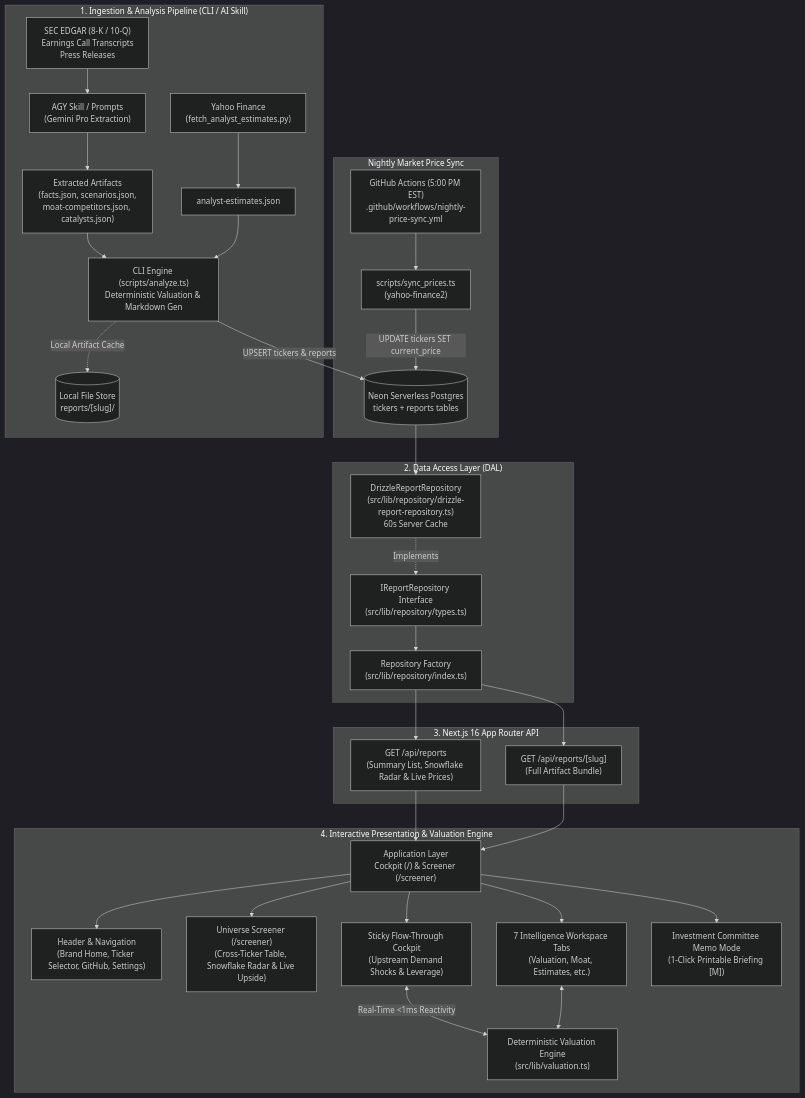
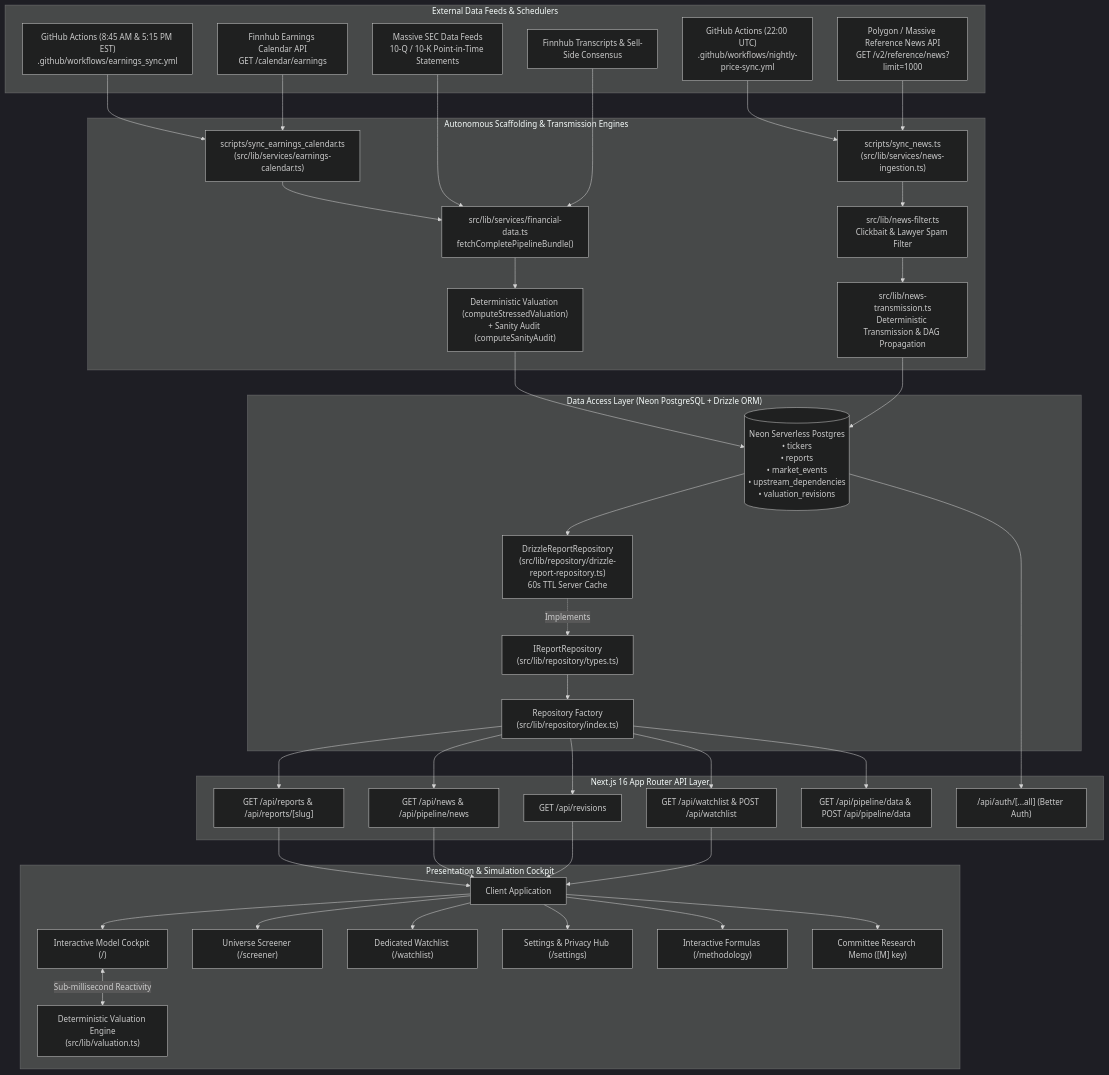
The first of 2 diagrams in docs/architecture.md (phanturne/stress-alpha), drawn with Mermaid (dark theme) before and after one commit. The commit also changed other lines of this file and 1 other file, not shown here.

Commit message:
docs: streamline README for clarity and update system architecture documentation

````diff
--- a/docs/architecture.md
+++ b/docs/architecture.md
@@ -24,40 +27,54 @@
 ```mermaid
 flowchart TB
-    subgraph MarketData["Nightly Market Price Sync"]
-        SyncCron["GitHub Actions (5:00 PM EST)\n.github/workflows/nightly-price-sync.yml"] --> SyncScript["scripts/sync_prices.ts\n(yahoo-finance2)"]
-        SyncScript -->|"UPDATE tickers SET current_price"| NeonDB[("Neon Serverless Postgres\ntickers + reports tables")]
+    subgraph DataSources["External Data Feeds & Schedulers"]
+        FinnhubCal["Finnhub Earnings Calendar API\nGET /calendar/earnings"]
+        PolygonNews["Polygon / Massive Reference News API\nGET /v2/reference/news?limit=1000"]
+        MassiveSEC["Massive SEC Data Feeds\n10-Q / 10-K Point-in-Time Statements"]
+        FinnhubTranscripts["Finnhub Transcripts & Sell-Side Consensus"]
+        CronEarnings["GitHub Actions (8:45 AM & 5:15 PM EST)\n.github/workflows/earnings_sync.yml"]
+        CronNightly["GitHub Actions (22:00 UTC)\n.github/workflows/nightly-price-sync.yml"]
     end
 
-    subgraph Ingestion["1. Ingestion & Analysis Pipeline (CLI / AI Skill)"]
-        A["SEC EDGAR (8-K / 10-Q)\nEarnings Call Transcripts\nPress Releases"] --> B["AGY Skill / Prompts\n(Gemini Pro Extraction)"]
-        C["Yahoo Finance\n(fetch_analyst_estimates.py)"] --> D["analyst-estimates.json"]
-        B --> E["Extracted Artifacts\n(facts.json, scenarios.json,\nmoat-competitors.json, catalysts.json)"]
-        E --> F["CLI Engine (scripts/analyze.ts)\nDeterministic Valuation & Markdown Gen"]
-        D --> F
-        F -->|"UPSERT tickers & reports"| NeonDB
-        F -.->|"Local Artifact Cache"| G[("Local File Store\nreports/[slug]/")]
+    subgraph AutonomousEngines["Autonomous Scaffolding & Transmission Engines"]
+        CronEarnings --> IngestCal["scripts/sync_earnings_calendar.ts\n(src/lib/services/earnings-calendar.ts)"]
+        FinnhubCal --> IngestCal
+        IngestCal --> Scaffolder["src/lib/services/financial-data.ts\nfetchCompletePipelineBundle()"]
+        MassiveSEC & FinnhubTranscripts --> Scaffolder
+        Scaffolder --> EvalPipeline["Deterministic Valuation (computeStressedValuation)\n+ Sanity Audit (computeSanityAudit)"]
+
+        CronNightly --> IngestNews["scripts/sync_news.ts\n(src/lib/services/news-ingestion.ts)"]
+        PolygonNews --> IngestNews
+        IngestNews --> NewsFilter["src/lib/news-filter.ts\nClickbait & Lawyer Spam Filter"]
+        NewsFilter --> NewsTransmission["src/lib/news-transmission.ts\nDeterministic Transmission & DAG Propagation"]
     end
 
-    subgraph StorageLayer["2. Data Access Layer (DAL)"]
-        NeonDB --> H1["DrizzleReportRepository\n(src/lib/repository/drizzle-report-repository.ts)\n60s Server Cache"]
-        H1 -.->|"Implements"| I["IReportRepository Interface\n(src/lib/repository/types.ts)"]
-        I --> RepoFactory["Repository Factory\n(src/lib/repository/index.ts)"]
+    subgraph StorageLayer["Data Access Layer (Neon PostgreSQL + Drizzle ORM)"]
+        EvalPipeline --> NeonDB[("Neon Serverless Postgres\n• tickers\n• reports\n• market_events\n• upstream_dependencies\n• valuation_revisions")]
+        NewsTransmission --> NeonDB
+        
+        NeonDB --> DAL["DrizzleReportRepository\n(src/lib/repository/drizzle-report-repository.ts)\n60s TTL Server Cache"]
+        DAL -.->|"Implements"| IRepo["IReportRepository\n(src/lib/repository/types.ts)"]
+        IRepo --> Factory["Repository Factory\n(src/lib/repository/index.ts)"]
     end
 
-    subgraph APILayer["3. Next.js 16 App Router API"]
-        RepoFactory --> J["GET /api/reports\n(Summary List, Snowflake Radar & Live Prices)"]
-        RepoFactory --> K["GET /api/reports/[slug]\n(Full Artifact Bundle)"]
+    subgraph APILayer["Next.js 16 App Router API Layer"]
+        Factory --> APIReports["GET /api/reports & /api/reports/[slug]"]
+        Factory --> APINews["GET /api/news & /api/pipeline/news"]
+        Factory --> APIRevisions["GET /api/revisions"]
+        Factory --> APIWatchlist["GET /api/watchlist & POST /api/watchlist"]
+        Factory --> APIPipeline["GET /api/pipeline/data & POST /api/pipeline/data"]
+        NeonDB --> APIAuth["/api/auth/[...all] (Better Auth)"]
     end
 
-    subgraph ClientLayer["4. Interactive Presentation & Valuation Engine"]
-        J & K --> L["Application Layer\nCockpit (/) & Screener (/screener)"]
-        L --> M["Header & Navigation\n(Brand Home, Ticker Selector, GitHub, Settings)"]
-        L --> N["Universe Screener (/screener)\n(Cross-Ticker Table, Snowflake Radar & Live Upside)"]
-        L --> O["Sticky Flow-Through Cockpit\n(Upstream Demand Shocks & Leverage)"]
-        L --> P["7 Intelligence Workspace Tabs\n(Valuation, Moat, Estimates, etc.)"]
-        L --> Q["Investment Committee Memo Mode\n(1-Click Printable Briefing [M])"]
-        
-        O <-->|"Real-Time <1ms Reactivity"| R["Deterministic Valuation Engine\n(src/lib/valuation.ts)"]
-        P <--> R
+    subgraph PresentationLayer["Presentation & Simulation Cockpit"]
+        APIReports & APINews & APIRevisions & APIWatchlist --> ClientPages["Client Application"]
+        ClientPages --> Dashboard["Interactive Model Cockpit (/)"]
+        ClientPages --> Screener["Universe Screener (/screener)"]
+        ClientPages --> Watchlist["Dedicated Watchlist (/watchlist)"]
+        ClientPages --> Settings["Settings & Privacy Hub (/settings)"]
+        ClientPages --> Methodology["Interactive Formulas (/methodology)"]
+        ClientPages --> Memo["Committee Research Memo ([M] key)"]
+
+        Dashboard <-->|"Sub-millisecond Reactivity"| ValEngine["Deterministic Valuation Engine\n(src/lib/valuation.ts)"]
     end
 ```
````
